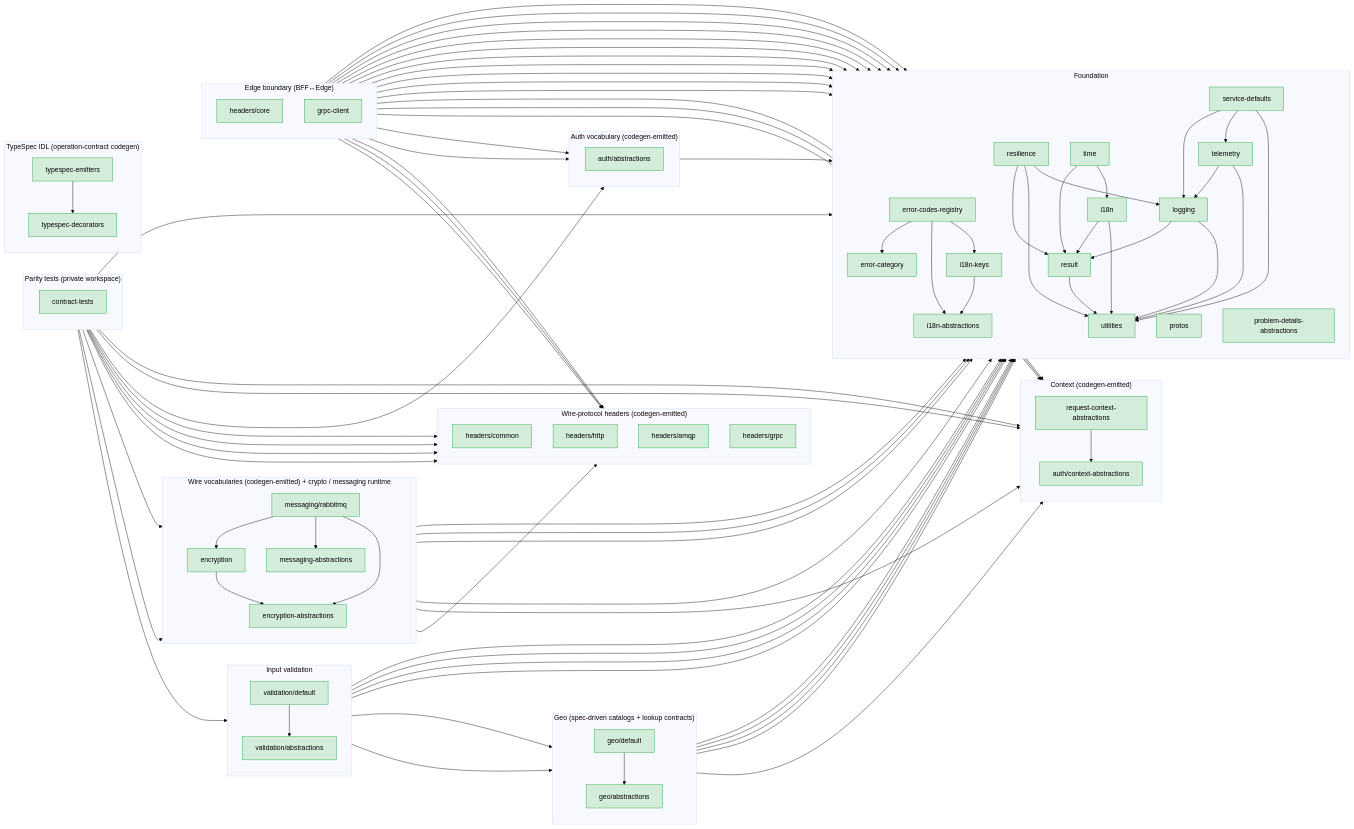
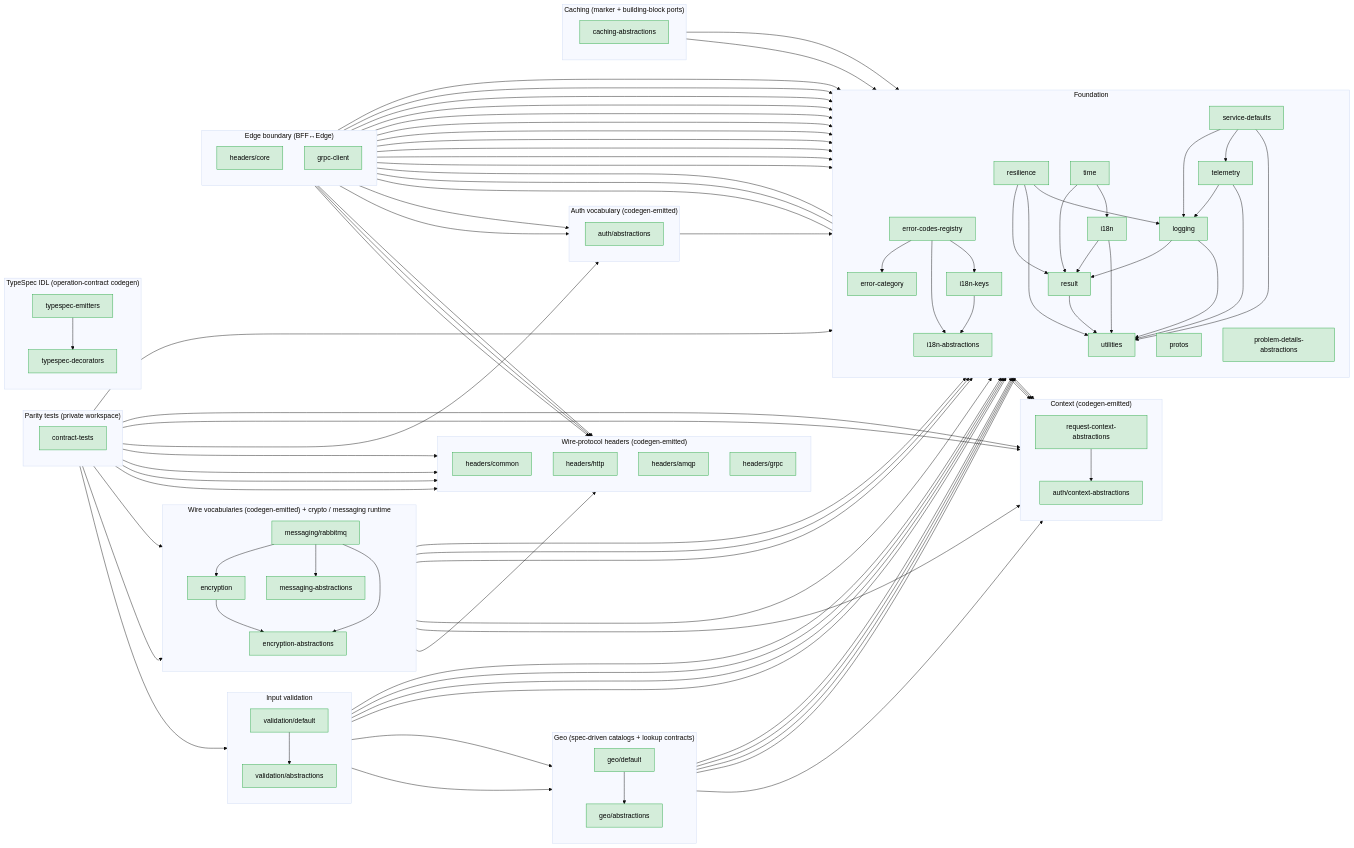
The diagram in server/shared/typescript/README.md (DSCV-io/D2-WORX), drawn with Mermaid (base theme) before and after one commit. The commit also changed other lines of this file and 27 other files, not shown here.

Commit message:
feat(ts-caching): ship @d2/caching-abstractions twin of .NET caching ports

````diff
--- a/server/shared/typescript/README.md
+++ b/server/shared/typescript/README.md
@@ -227,6 +227,14 @@
     MessagingRabbitMq --> ReqCtxAbs
     MessagingRabbitMq --> HeadersAmqp
 
+    subgraph CACHING["Caching (marker + building-block ports)"]
+        direction TB
+        CachingAbs[caching-abstractions]
+
+        CachingAbs --> Result
+        CachingAbs --> I18nKeys
+    end
+
     subgraph TYPESPEC["TypeSpec IDL (operation-contract codegen)"]
         direction TB
         TypespecDecorators[typespec-decorators]
@@ -235,5 +243,5 @@
         TypespecEmitters --> TypespecDecorators
     end
 
-    class Result,Utilities,Resilience,I18n,Logging,Telemetry,ServiceDefaults,Protos,Time,ErrorCategory,I18nAbs,I18nKeys,ErrorCodesRegistry,ProblemDetailsAbs,AuthCtxAbs,ReqCtxAbs,AuthAbs,HeadersCommon,HeadersHttp,HeadersAmqp,HeadersGrpc,EncryptionAbs,MessagingAbs,Encryption,MessagingRabbitMq,Headers,GrpcClient,ContractTests,GeoAbs,GeoDefault,ValidationAbs,ValidationDefault,TypespecDecorators,TypespecEmitters built
+    class Result,Utilities,Resilience,I18n,Logging,Telemetry,ServiceDefaults,Protos,Time,ErrorCategory,I18nAbs,I18nKeys,ErrorCodesRegistry,ProblemDetailsAbs,AuthCtxAbs,ReqCtxAbs,AuthAbs,HeadersCommon,HeadersHttp,HeadersAmqp,HeadersGrpc,EncryptionAbs,MessagingAbs,Encryption,MessagingRabbitMq,Headers,GrpcClient,ContractTests,GeoAbs,GeoDefault,ValidationAbs,ValidationDefault,CachingAbs,TypespecDecorators,TypespecEmitters built
 ```
````
